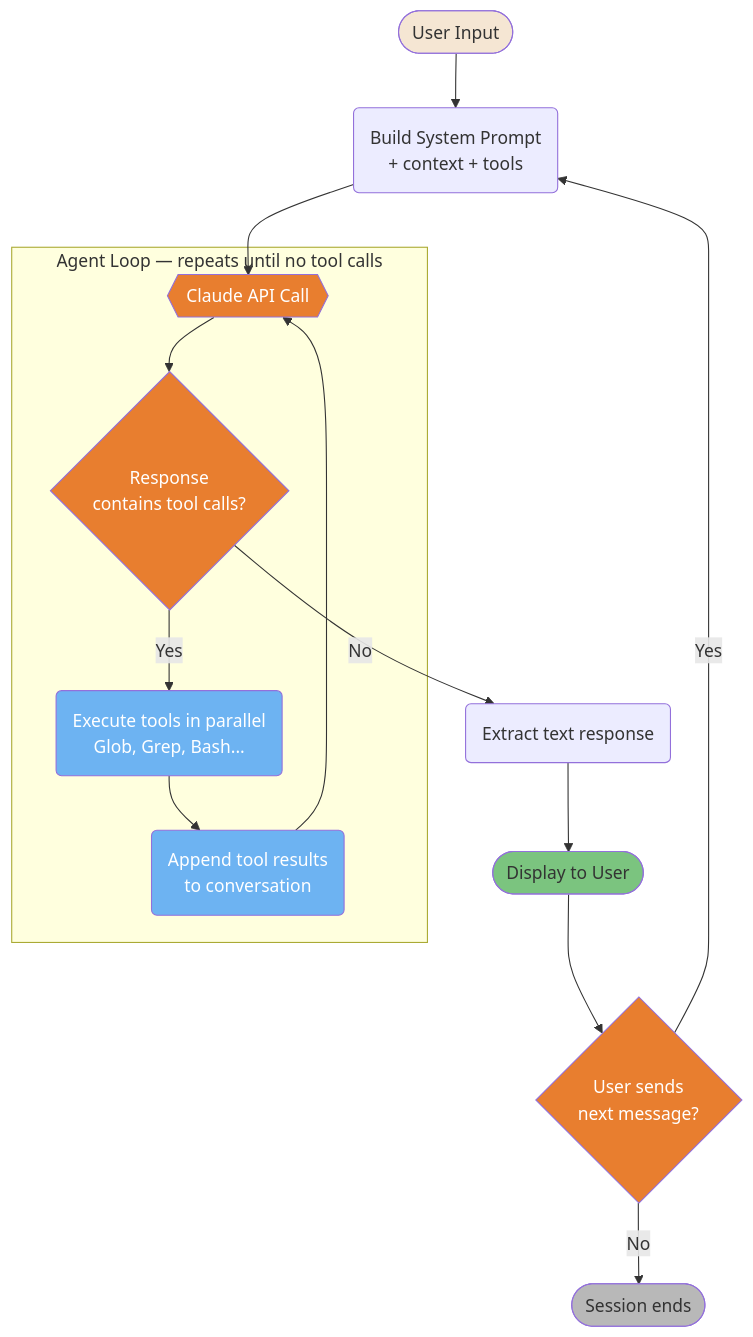
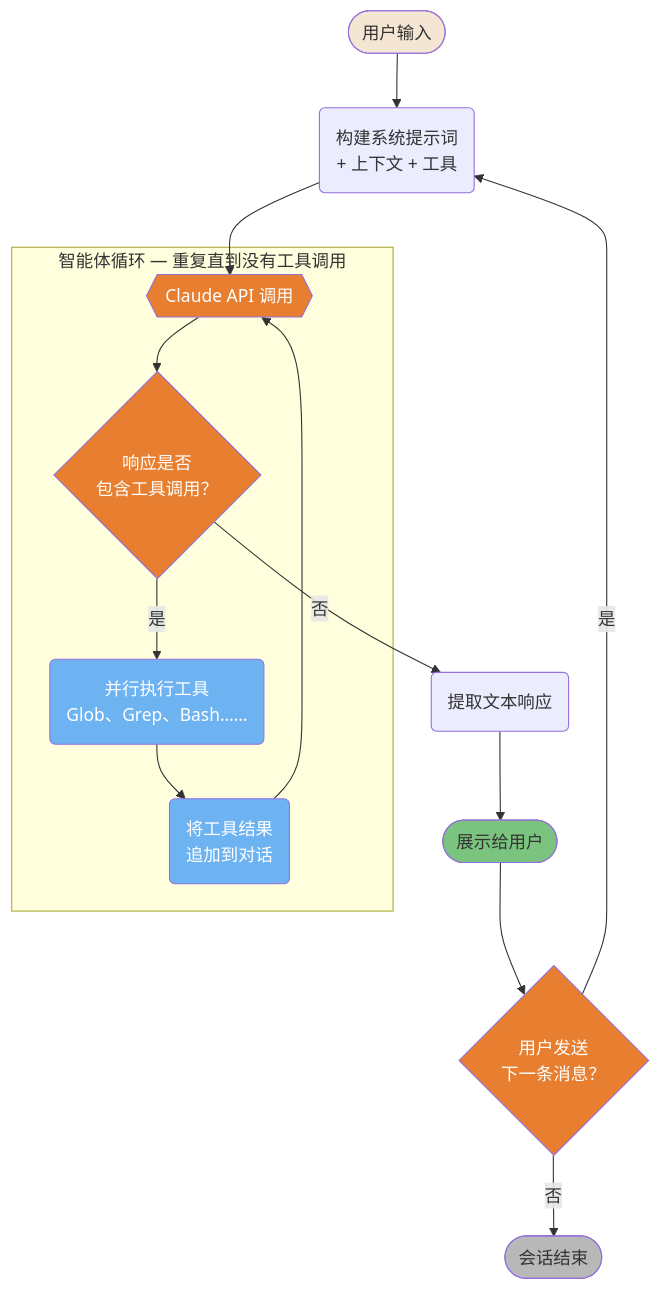
One commit to lawrencewzen/aispark-wiki changed the first of 4 diagrams in claude-code/diagrams/04-architecture-internals.md. Above: the diagram before and after it, drawn with Mermaid. The commit also changed other lines of this file and 82 other files, not shown here.

First line of the commit message:
feat: 完成 claude-code/ 目录全量中文翻译

````diff
--- a/claude-code/diagrams/04-architecture-internals.md
+++ b/claude-code/diagrams/04-architecture-internals.md
@@ -19,38 +19,38 @@
 ```mermaid
 flowchart TD
-    A([User Input]) --> B(Build System Prompt<br/>+ context + tools)
+    A([用户输入]) --> B(构建系统提示词<br/>+ 上下文 + 工具)
     B --> C
 
-    subgraph AGENT_LOOP["Agent Loop — repeats until no tool calls"]
-        C{{Claude API Call}} --> D{Response<br/>contains tool calls?}
-        D -->|Yes| E(Execute tools in parallel<br/>Glob, Grep, Bash...)
-        E --> F(Append tool results<br/>to conversation)
+    subgraph AGENT_LOOP["智能体循环 — 重复直到没有工具调用"]
+        C{{Claude API 调用}} --> D{响应是否<br/>包含工具调用？}
+        D -->|是| E(并行执行工具<br/>Glob、Grep、Bash……)
+        E --> F(将工具结果<br/>追加到对话)
         F --> C
     end
 
-    D -->|No| H(Extract text response)
-    H --> I([Display to User])
-    I --> J{User sends<br/>next message?}
-    J -->|Yes| B
-    J -->|No| K([Session ends])
+    D -->|否| H(提取文本响应)
+    H --> I([展示给用户])
+    I --> J{用户发送<br/>下一条消息？}
+    J -->|是| B
+    J -->|否| K([会话结束])
 
     style A fill:#F5E6D3,color:#333
     style C fill:#E87E2F,color:#fff
     style D fill:#E87E2F,color:#fff
     style E fill:#6DB3F2,color:#fff
     style F fill:#6DB3F2,color:#fff
     style I fill:#7BC47F,color:#333
     style J fill:#E87E2F,color:#fff
     style K fill:#B8B8B8,color:#333
 
-    click A href "https://github.com/claude-code-ultimate-guide/claude-code-ultimate-guide/blob/main/guide/ultimate-guide.md#12-first-workflow" "User Input"
-    click B href "https://github.com/claude-code-ultimate-guide/claude-code-ultimate-guide/blob/main/guide/core/architecture.md#1-the-master-loop" "Build System Prompt"
-    click C href "https://github.com/claude-code-ultimate-guide/claude-code-ultimate-guide/blob/main/guide/core/architecture.md#1-the-master-loop" "Claude API Call"
-    click D href "https://github.com/claude-code-ultimate-guide/claude-code-ultimate-guide/blob/main/guide/core/architecture.md#1-the-master-loop" "Response contains tool calls?"
-    click E href "https://github.com/claude-code-ultimate-guide/claude-code-ultimate-guide/blob/main/guide/core/architecture.md#2-the-tool-arsenal" "Execute tools in parallel"
-    click F href "https://github.com/claude-code-ultimate-guide/claude-code-ultimate-guide/blob/main/guide/core/architecture.md#1-the-master-loop" "Append tool results"
-    click H href "https://github.com/claude-code-ultimate-guide/claude-code-ultimate-guide/blob/main/guide/core/architecture.md#1-the-master-loop" "Extract text response"
-    click I href "https://github.com/claude-code-ultimate-guide/claude-code-ultimate-guide/blob/main/guide/ultimate-guide.md#12-first-workflow" "Display to User"
-    click J href "https://github.com/claude-code-ultimate-guide/claude-code-ultimate-guide/blob/main/guide/core/architecture.md#1-the-master-loop" "User sends next message?"
-    click K href "https://github.com/claude-code-ultimate-guide/claude-code-ultimate-guide/blob/main/guide/core/architecture.md#1-the-master-loop" "Session ends"
+    click A href "https://github.com/claude-code-ultimate-guide/claude-code-ultimate-guide/blob/main/guide/ultimate-guide.md#12-first-workflow" "用户输入"
+    click B href "https://github.com/claude-code-ultimate-guide/claude-code-ultimate-guide/blob/main/guide/core/architecture.md#1-the-master-loop" "构建系统提示词"
+    click C href "https://github.com/claude-code-ultimate-guide/claude-code-ultimate-guide/blob/main/guide/core/architecture.md#1-the-master-loop" "Claude API 调用"
+    click D href "https://github.com/claude-code-ultimate-guide/claude-code-ultimate-guide/blob/main/guide/core/architecture.md#1-the-master-loop" "响应包含工具调用？"
+    click E href "https://github.com/claude-code-ultimate-guide/claude-code-ultimate-guide/blob/main/guide/core/architecture.md#2-the-tool-arsenal" "并行执行工具"
+    click F href "https://github.com/claude-code-ultimate-guide/claude-code-ultimate-guide/blob/main/guide/core/architecture.md#1-the-master-loop" "追加工具结果"
+    click H href "https://github.com/claude-code-ultimate-guide/claude-code-ultimate-guide/blob/main/guide/core/architecture.md#1-the-master-loop" "提取文本响应"
+    click I href "https://github.com/claude-code-ultimate-guide/claude-code-ultimate-guide/blob/main/guide/ultimate-guide.md#12-first-workflow" "展示给用户"
+    click J href "https://github.com/claude-code-ultimate-guide/claude-code-ultimate-guide/blob/main/guide/core/architecture.md#1-the-master-loop" "用户发送下一条消息？"
+    click K href "https://github.com/claude-code-ultimate-guide/claude-code-ultimate-guide/blob/main/guide/core/architecture.md#1-the-master-loop" "会话结束"
 ```
````
